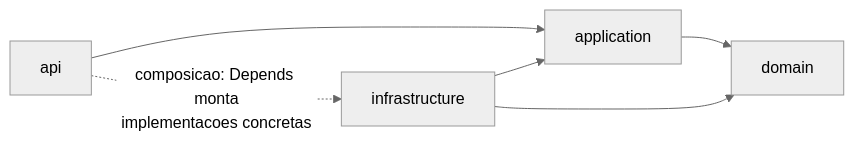
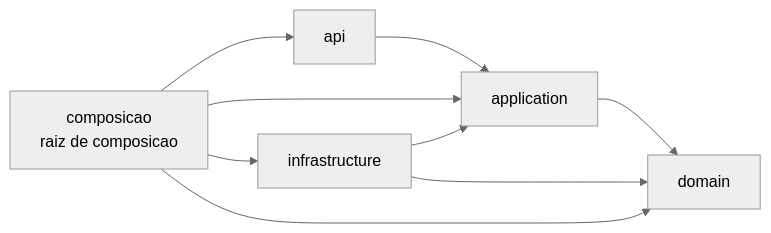
The third of 7 diagrams in docs/DIAGRAMAS.md (W3LLCR0S/sistema-gestao-manutencao), drawn with Mermaid (neutral theme) before and after one commit. The commit also changed other lines of this file, not shown here.

First line of the commit message:
docs: align diagrams with layer rules, availability and state machine

````diff
--- a/docs/DIAGRAMAS.md
+++ b/docs/DIAGRAMAS.md
@@ -86,8 +94,11 @@
 ```mermaid
 flowchart LR
     api["api"] --> application["application"]
     application --> domain["domain"]
     infrastructure["infrastructure"] --> application
     infrastructure --> domain
-    api -.->|"composicao: Depends monta<br/>implementacoes concretas"| infrastructure
+    composicao["composicao<br/>raiz de composicao"] --> api
+    composicao --> application
+    composicao --> infrastructure
+    composicao --> domain
 ```
````
